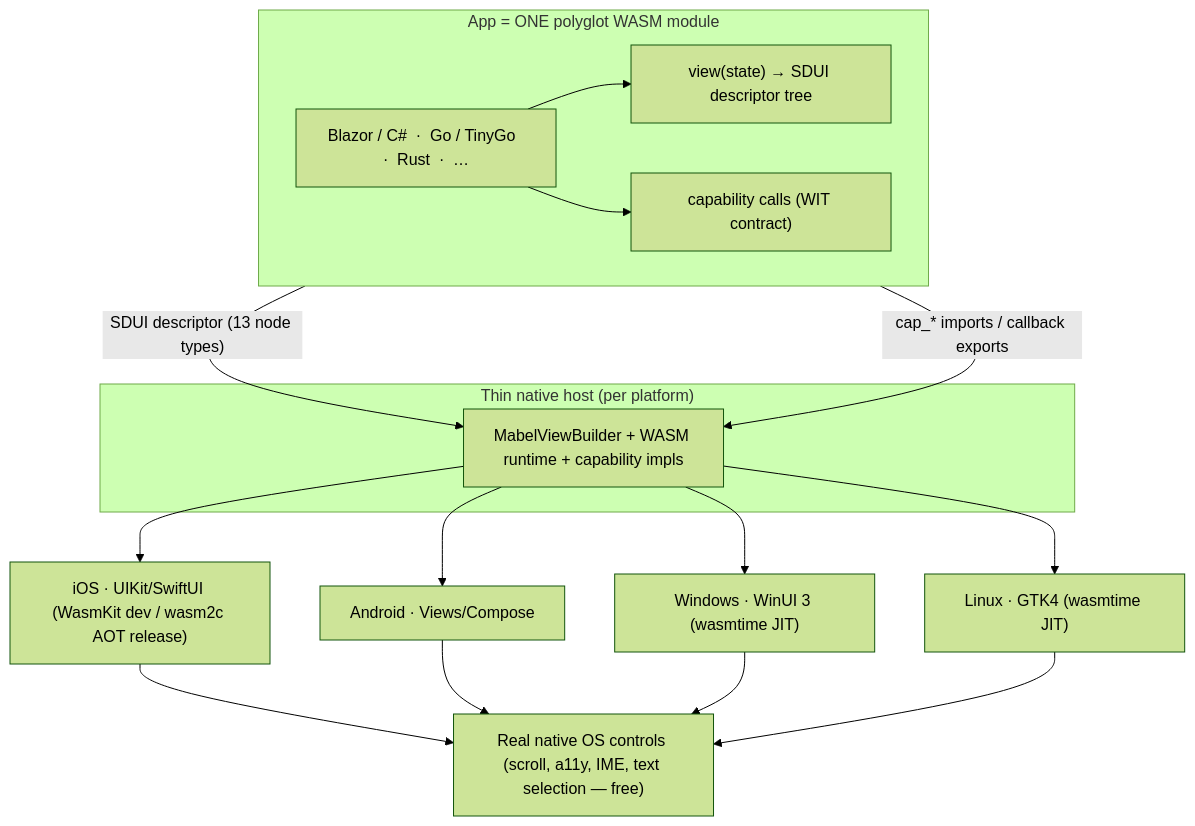
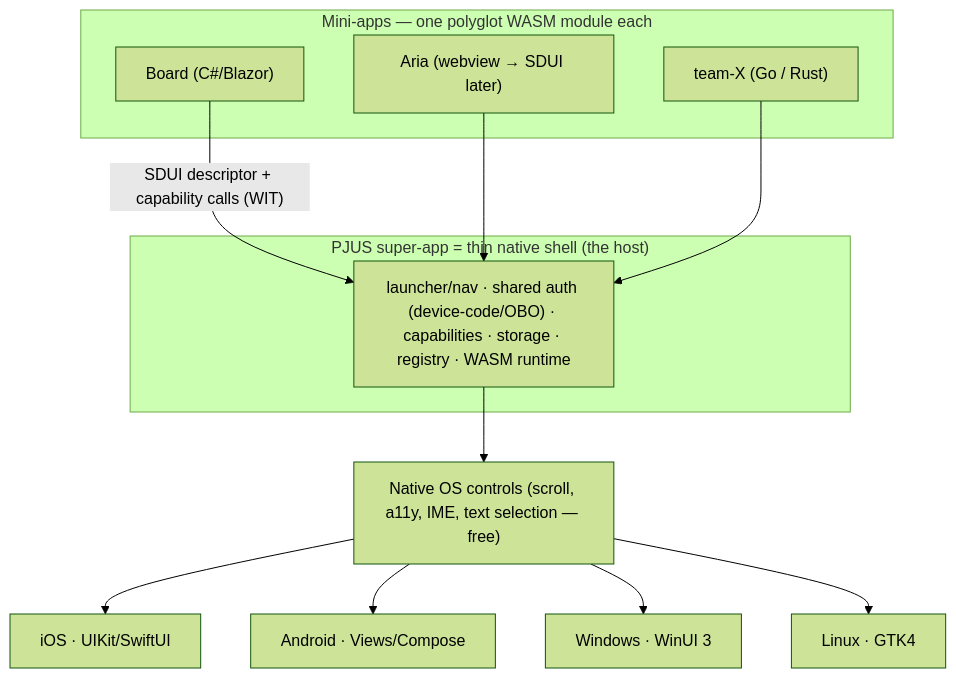
Before and after one commit to dmarquezbh/mabel-framework: the diagram in README.md, drawn with Mermaid (forest theme). The commit also changed other lines of this file and 8 other files, not shown here.

````diff
--- a/README.md
+++ b/README.md
@@ -26,25 +52,21 @@
 ```mermaid
 flowchart TD
-    subgraph guest["App = ONE polyglot WASM module"]
-        A["Blazor / C#  ·  Go / TinyGo  ·  Rust  ·  …"]
-        A --> B["view(state) → SDUI descriptor tree"]
-        A --> C["capability calls (WIT contract)"]
+    subgraph apps["Mini-apps — one polyglot WASM module each"]
+        M1["Board (C#/Blazor)"]
+        M2["Aria (webview → SDUI later)"]
+        M3["team-X (Go / Rust)"]
+    end
+    M1 -->|"SDUI descriptor + capability calls (WIT)"| SHELL
+    M2 --> SHELL
+    M3 --> SHELL
+
+    subgraph shell["PJUS super-app = thin native shell (the host)"]
+        SHELL["launcher/nav · shared auth (device-code/OBO) · capabilities · storage · registry · WASM runtime"]
     end
 
-    guest -->|"SDUI descriptor (13 node types)"| H
-    guest -->|"cap_* imports / callback exports"| H
-
-    subgraph hosts["Thin native host (per platform)"]
-        H["MabelViewBuilder + WASM runtime + capability impls"]
-    end
-
-    H --> iOS["iOS · UIKit/SwiftUI (WasmKit dev / wasm2c AOT release)"]
-    H --> Android["Android · Views/Compose"]
-    H --> Win["Windows · WinUI 3 (wasmtime JIT)"]
-    H --> Linux["Linux · GTK4 (wasmtime JIT)"]
-
-    iOS --> N["Real native OS controls (scroll, a11y, IME, text selection — free)"]
-    Android --> N
-    Win --> N
-    Linux --> N
+    SHELL --> R["Native OS controls (scroll, a11y, IME, text selection — free)"]
+    R --> P1["iOS · UIKit/SwiftUI"]
+    R --> P2["Android · Views/Compose"]
+    R --> P3["Windows · WinUI 3"]
+    R --> P4["Linux · GTK4"]
 ```
````
